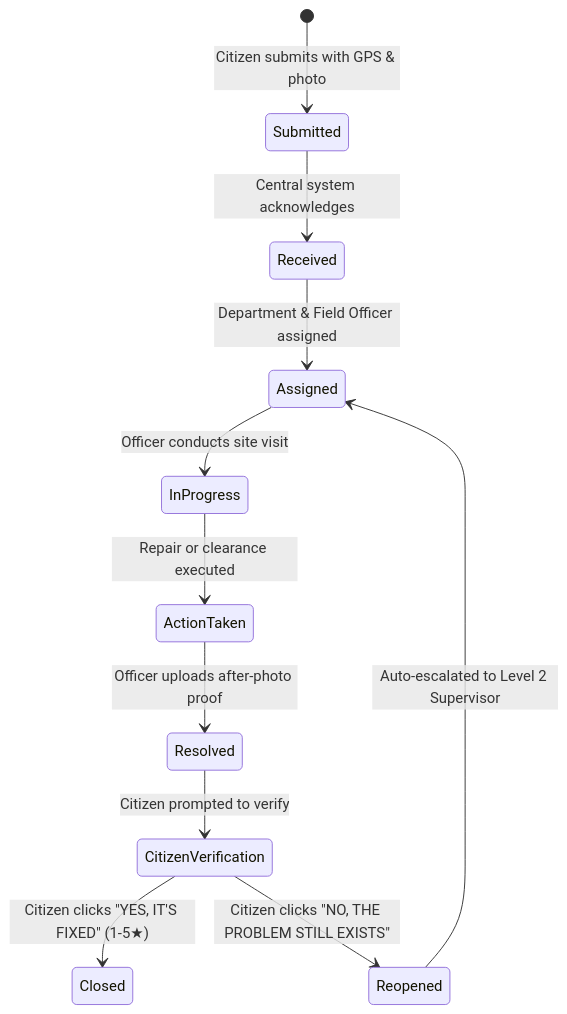
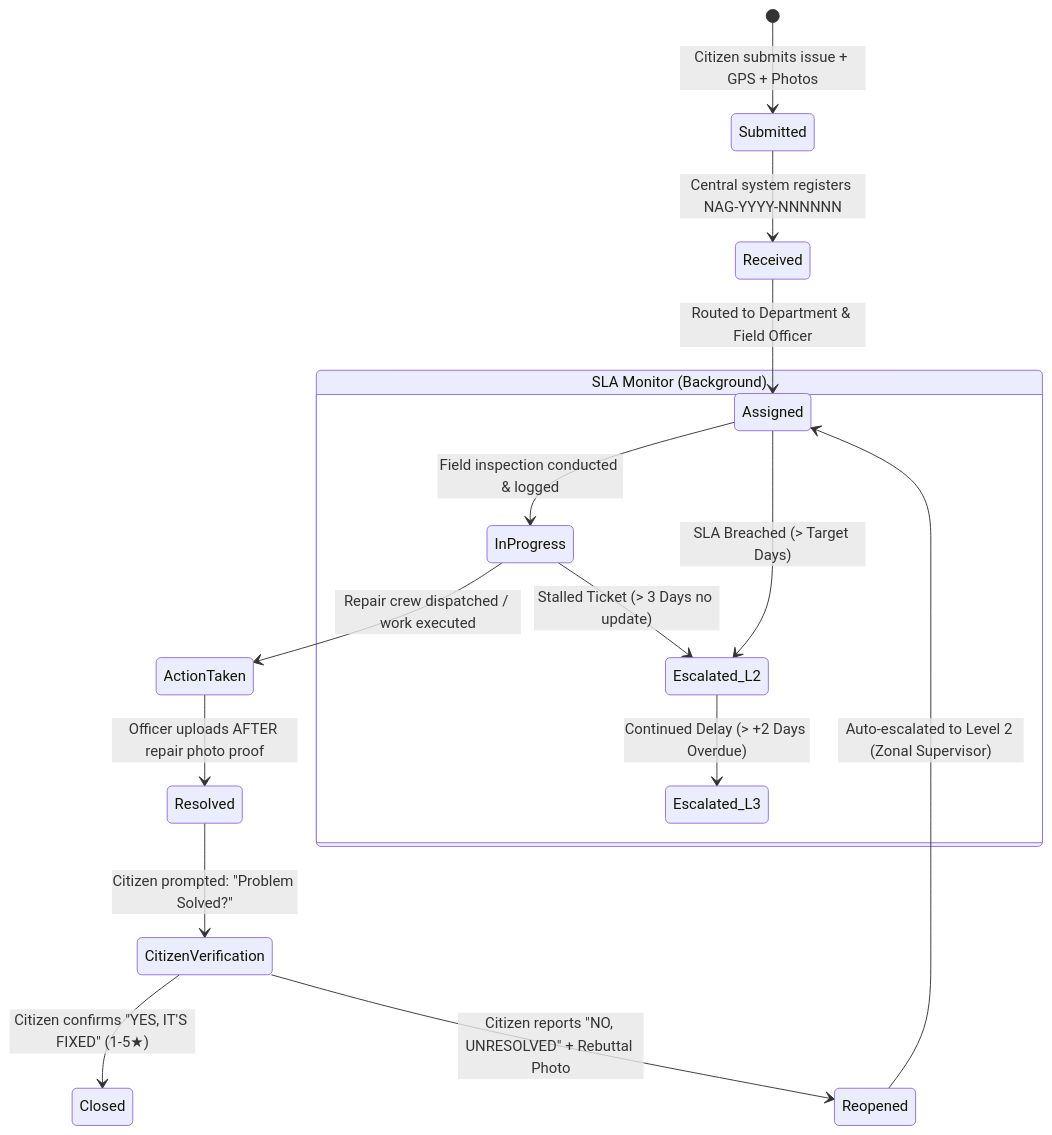
The first of 4 diagrams in README.md (bandegangasai/NagarSetu), drawn with Mermaid before and after one commit. The commit also changed other lines of this file, not shown here.

````diff
--- a/README.md
+++ b/README.md
@@ -99,16 +113,22 @@
 ```mermaid
 stateDiagram-v2
-    [*] --> Submitted: Citizen submits with GPS & photo
-    Submitted --> Received: Central system acknowledges
-    Received --> Assigned: Department & Field Officer assigned
-    Assigned --> InProgress: Officer conducts site visit
-    InProgress --> ActionTaken: Repair or clearance executed
-    ActionTaken --> Resolved: Officer uploads after-photo proof
+    [*] --> Submitted: Citizen submits issue + GPS + Photos
+    Submitted --> Received: Central system registers NAG-YYYY-NNNNNN
+    Received --> Assigned: Routed to Department & Field Officer
+    Assigned --> InProgress: Field inspection conducted & logged
+    InProgress --> ActionTaken: Repair crew dispatched / work executed
+    ActionTaken --> Resolved: Officer uploads AFTER repair photo proof
     
-    Resolved --> CitizenVerification: Citizen prompted to verify
+    Resolved --> CitizenVerification: Citizen prompted: "Problem Solved?"
     
-    CitizenVerification --> Closed: Citizen clicks "YES, IT'S FIXED" (1-5★)
-    CitizenVerification --> Reopened: Citizen clicks "NO, THE PROBLEM STILL EXISTS"
+    CitizenVerification --> Closed: Citizen confirms "YES, IT'S FIXED" (1-5★)
+    CitizenVerification --> Reopened: Citizen reports "NO, UNRESOLVED" + Rebuttal Photo
     
-    Reopened --> Assigned: Auto-escalated to Level 2 Supervisor
+    Reopened --> Assigned: Auto-escalated to Level 2 (Zonal Supervisor)
+    
+    state "SLA Monitor (Background)" as SLAMonitor {
+        Assigned --> Escalated_L2: SLA Breached (> Target Days)
+        InProgress --> Escalated_L2: Stalled Ticket (> 3 Days no update)
+        Escalated_L2 --> Escalated_L3: Continued Delay (> +2 Days Overdue)
+    }
 ```
````
